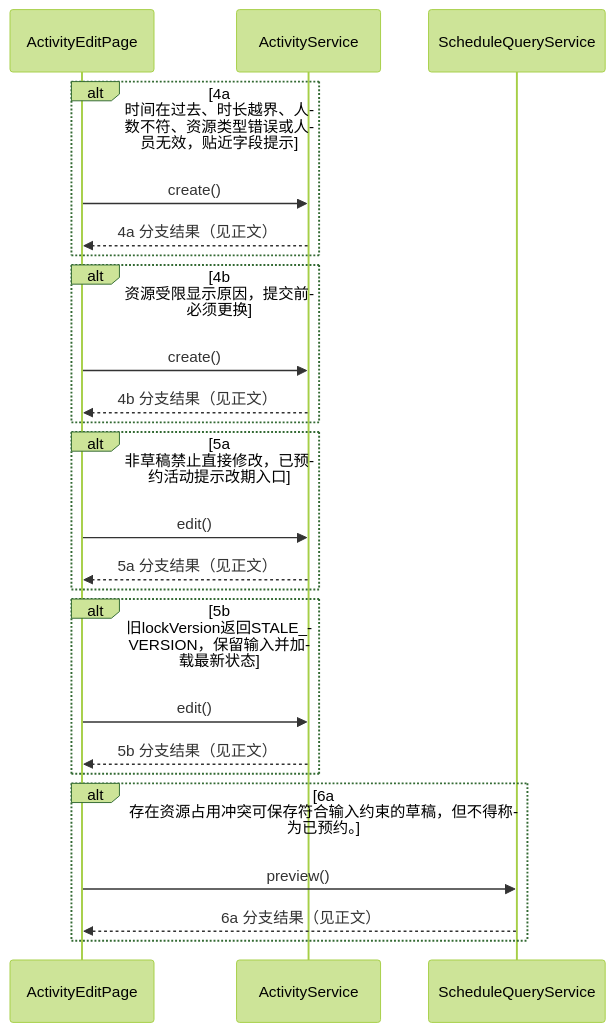
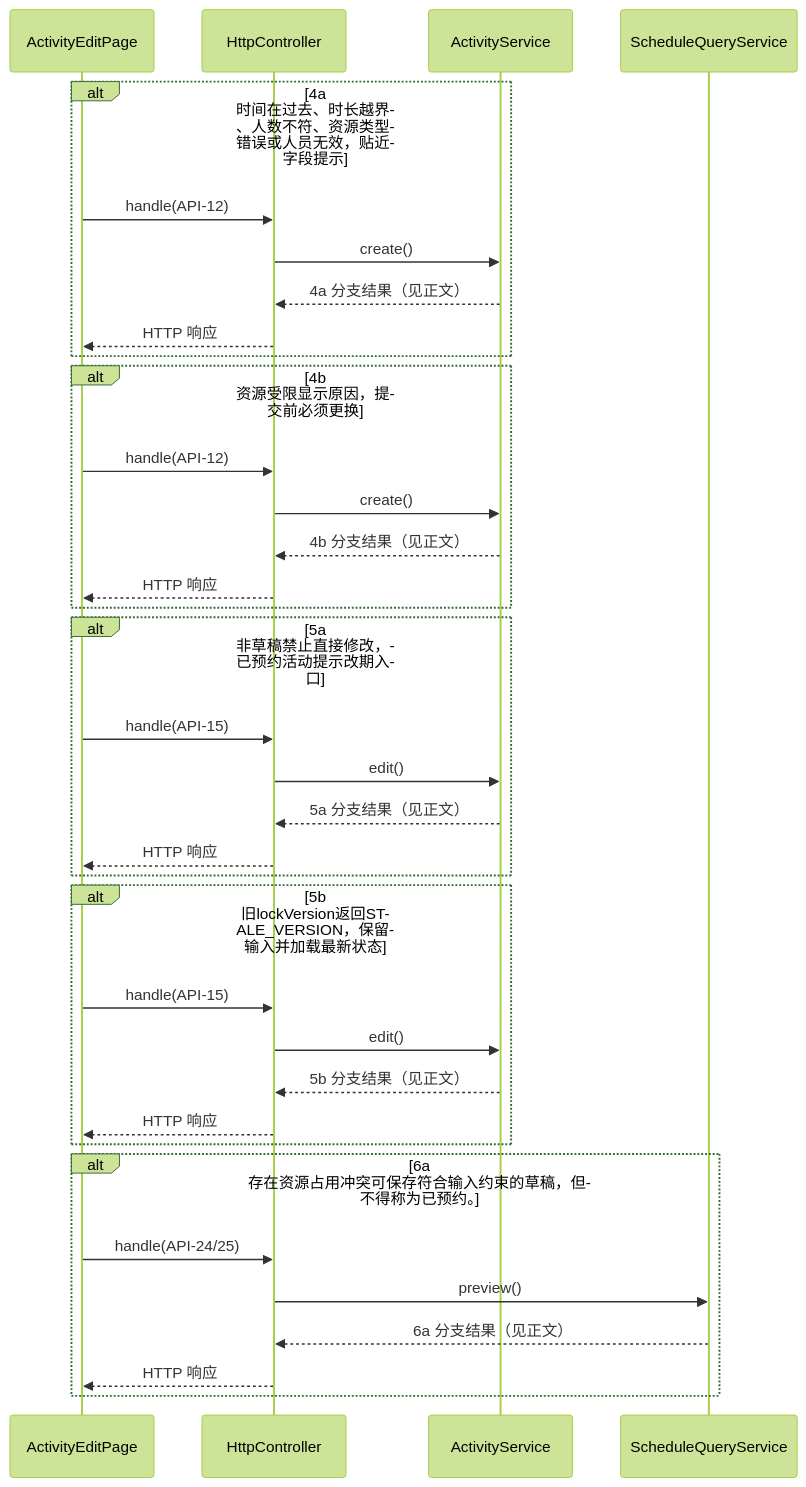
One commit to Rito-492/campus-sched changed diagram 14 of 44 in docs/design/software-design-task4.md. Above: the diagram before and after it, drawn with Mermaid (forest theme). The commit also changed other lines of this file and 3 other files, not shown here.

Commit message:
docs: 修正任务4顺序图HTTP边界与页面调用方向

````diff
--- a/docs/design/software-design-task4.md
+++ b/docs/design/software-design-task4.md
@@ -1310,26 +1421,37 @@
 ```mermaid
 sequenceDiagram
  participant ActivityEditPage
+ participant HttpController
  participant ActivityService
  participant ScheduleQueryService
  alt 4a 时间在过去、时长越界、人数不符、资源类型错误或人员无效，贴近字段提示
- ActivityEditPage->>ActivityService: create()
- ActivityService-->>ActivityEditPage: 4a 分支结果（见正文）
+ ActivityEditPage->>HttpController: handle(API-12)
+ HttpController->>ActivityService: create()
+ ActivityService-->>HttpController: 4a 分支结果（见正文）
+ HttpController-->>ActivityEditPage: HTTP 响应
  end
  alt 4b 资源受限显示原因，提交前必须更换
- ActivityEditPage->>ActivityService: create()
- ActivityService-->>ActivityEditPage: 4b 分支结果（见正文）
+ ActivityEditPage->>HttpController: handle(API-12)
+ HttpController->>ActivityService: create()
+ ActivityService-->>HttpController: 4b 分支结果（见正文）
+ HttpController-->>ActivityEditPage: HTTP 响应
  end
  alt 5a 非草稿禁止直接修改，已预约活动提示改期入口
- ActivityEditPage->>ActivityService: edit()
- ActivityService-->>ActivityEditPage: 5a 分支结果（见正文）
+ ActivityEditPage->>HttpController: handle(API-15)
+ HttpController->>ActivityService: edit()
+ ActivityService-->>HttpController: 5a 分支结果（见正文）
+ HttpController-->>ActivityEditPage: HTTP 响应
  end
  alt 5b 旧lockVersion返回STALE_VERSION，保留输入并加载最新状态
- ActivityEditPage->>ActivityService: edit()
- ActivityService-->>ActivityEditPage: 5b 分支结果（见正文）
+ ActivityEditPage->>HttpController: handle(API-15)
+ HttpController->>ActivityService: edit()
+ ActivityService-->>HttpController: 5b 分支结果（见正文）
+ HttpController-->>ActivityEditPage: HTTP 响应
  end
  alt 6a 存在资源占用冲突可保存符合输入约束的草稿，但不得称为已预约。
- ActivityEditPage->>ScheduleQueryService: preview()
- ScheduleQueryService-->>ActivityEditPage: 6a 分支结果（见正文）
+ ActivityEditPage->>HttpController: handle(API-24/25)
+ HttpController->>ScheduleQueryService: preview()
+ ScheduleQueryService-->>HttpController: 6a 分支结果（见正文）
+ HttpController-->>ActivityEditPage: HTTP 响应
  end
 ```
````
